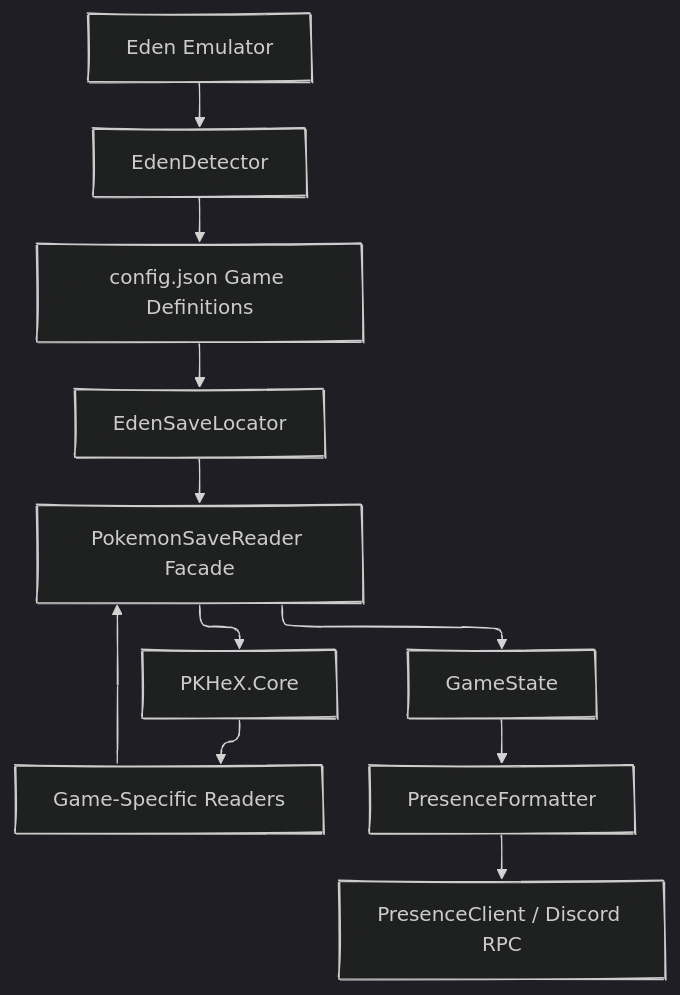
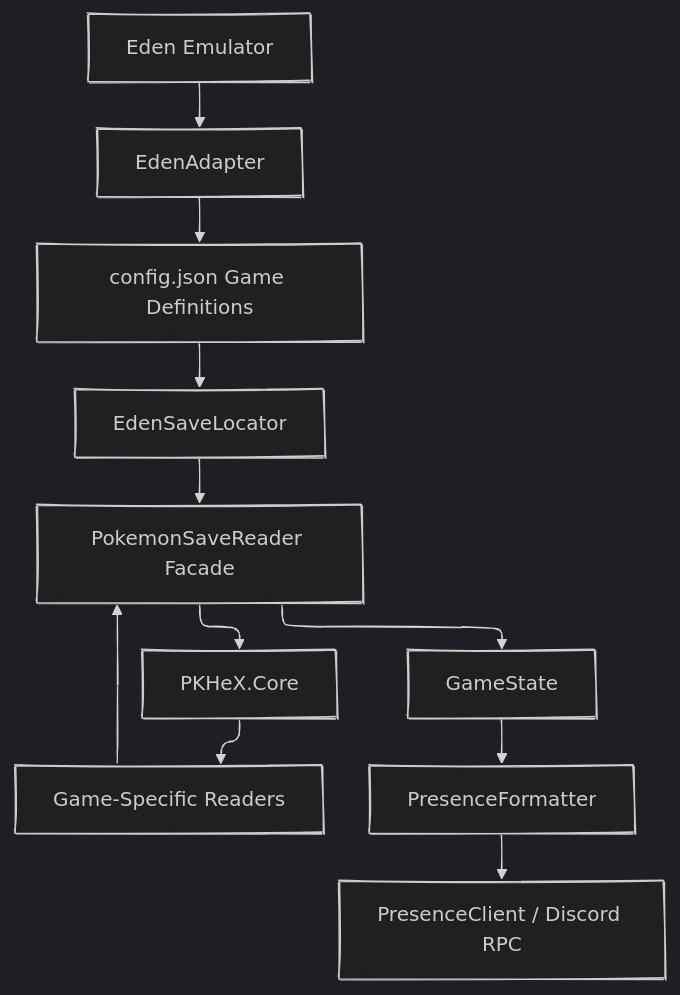
Before and after one commit to ramadhafidz/switch-rpc: the first of 9 diagrams in docs/ARCHITECTURE.md, drawn with Mermaid. The commit also changed other lines of this file and 22 other files, not shown here.

First line of the commit message:
feat(arch): introduce emulator adapter architecture (Phase 3)

````diff
--- a/docs/ARCHITECTURE.md
+++ b/docs/ARCHITECTURE.md
@@ -15,21 +15,21 @@
 ```mermaid
 ---
 config:
   theme: dark
   look: handDrawn
   layout: elk
 ---
 flowchart TD
-	A[Eden Emulator] --> B[EdenDetector]
+	A[Eden Emulator] --> B[EdenAdapter]
 	B --> C[config.json Game Definitions]
 	C --> D[EdenSaveLocator]
 	D --> E[PokemonSaveReader Facade]
 
 	E --> F[PKHeX.Core]
 	F --> G[Game-Specific Readers]
 	G --> E
 
 	E --> H[GameState]
 	H --> I[PresenceFormatter]
 	I --> J[PresenceClient / Discord RPC]
 ```
````
